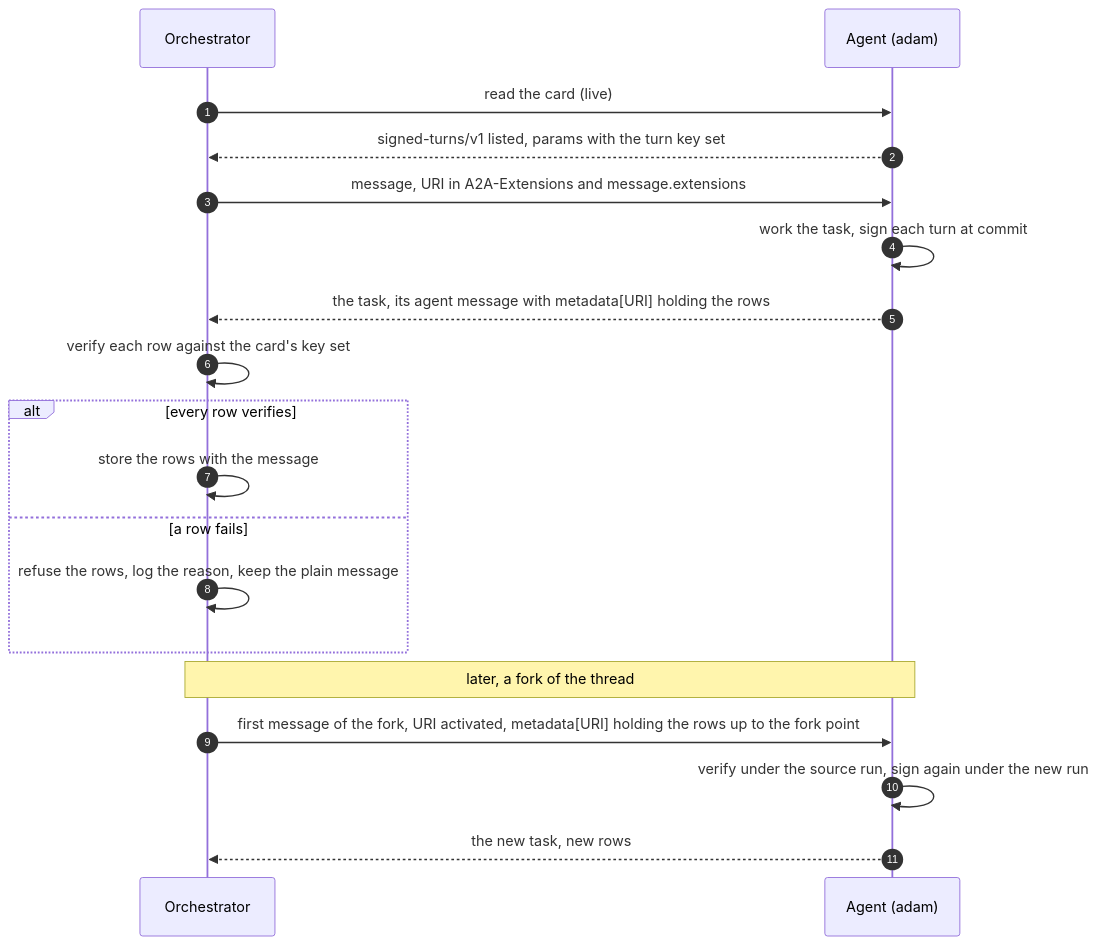
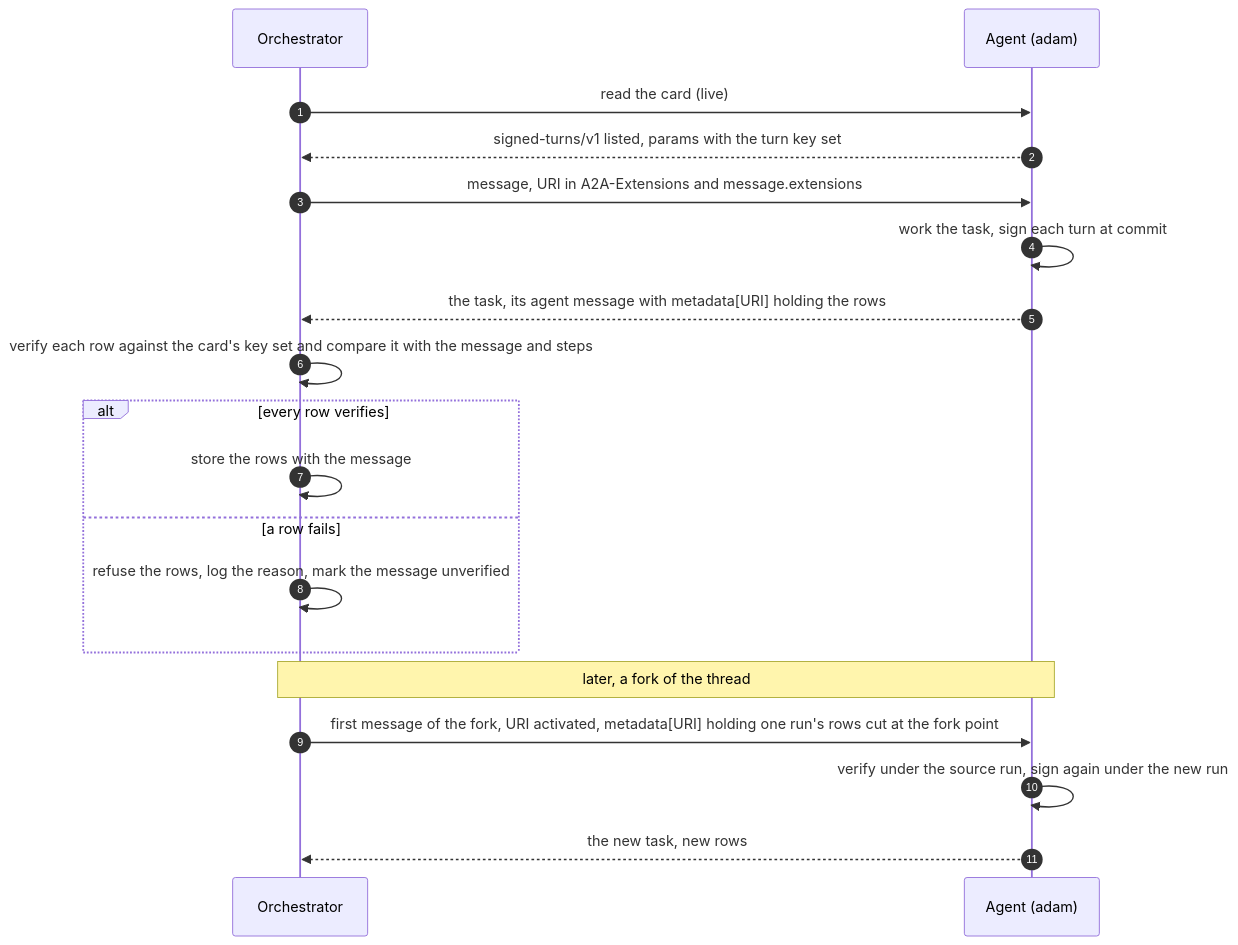
One commit to vymalo/another-agentic-system changed the first of 2 diagrams in docs/api/signed-turns-v1.md. Above: the diagram before and after it, drawn with Mermaid. The commit also changed other lines of this file and 4 other files, not shown here.

First line of the commit message:
docs(api): signed-turns/v1 binds rows to the task and marks unverified content (ADR 0111)

````diff
--- a/docs/api/signed-turns-v1.md
+++ b/docs/api/signed-turns-v1.md
@@ -24,21 +26,21 @@
 ```mermaid
 sequenceDiagram
   autonumber
   participant O as Orchestrator
   participant A as Agent (adam)
   O->>A: read the card (live)
   A-->>O: signed-turns/v1 listed, params with the turn key set
   O->>A: message, URI in A2A-Extensions and message.extensions
   A->>A: work the task, sign each turn at commit
   A-->>O: the task, its agent message with metadata[URI] holding the rows
-  O->>O: verify each row against the card's key set
+  O->>O: verify each row against the card's key set and compare it with the message and steps
   alt every row verifies
     O->>O: store the rows with the message
   else a row fails
-    O->>O: refuse the rows, log the reason, keep the plain message
+    O->>O: refuse the rows, log the reason, mark the message unverified
   end
   Note over O,A: later, a fork of the thread
-  O->>A: first message of the fork, URI activated, metadata[URI] holding the rows up to the fork point
+  O->>A: first message of the fork, URI activated, metadata[URI] holding one run's rows cut at the fork point
   A->>A: verify under the source run, sign again under the new run
   A-->>O: the new task, new rows
 ```
````
